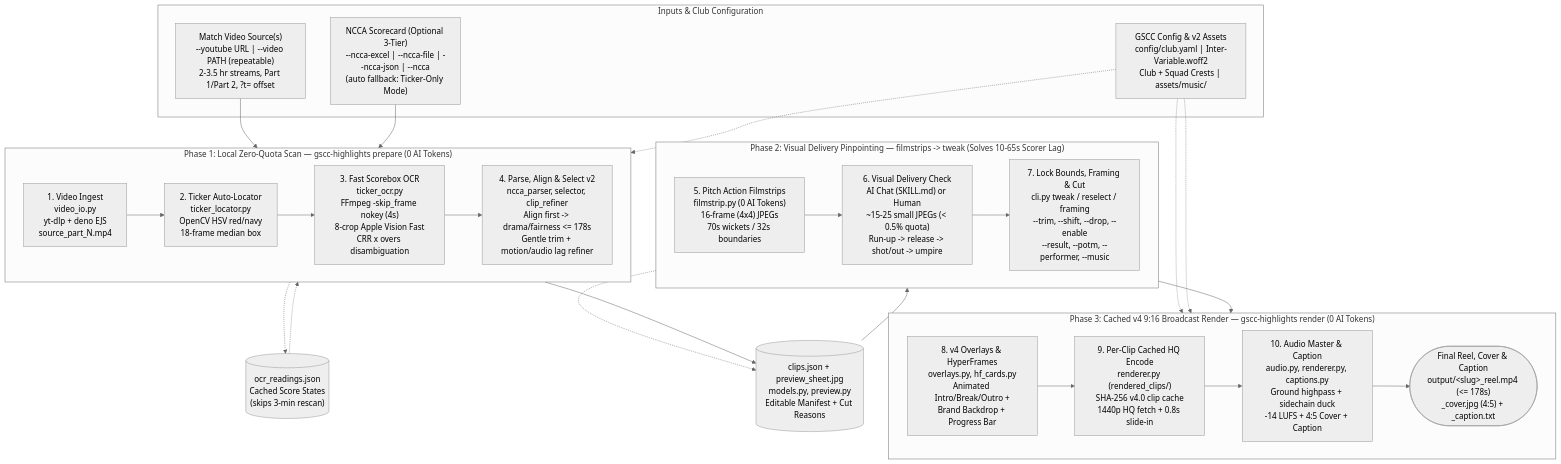
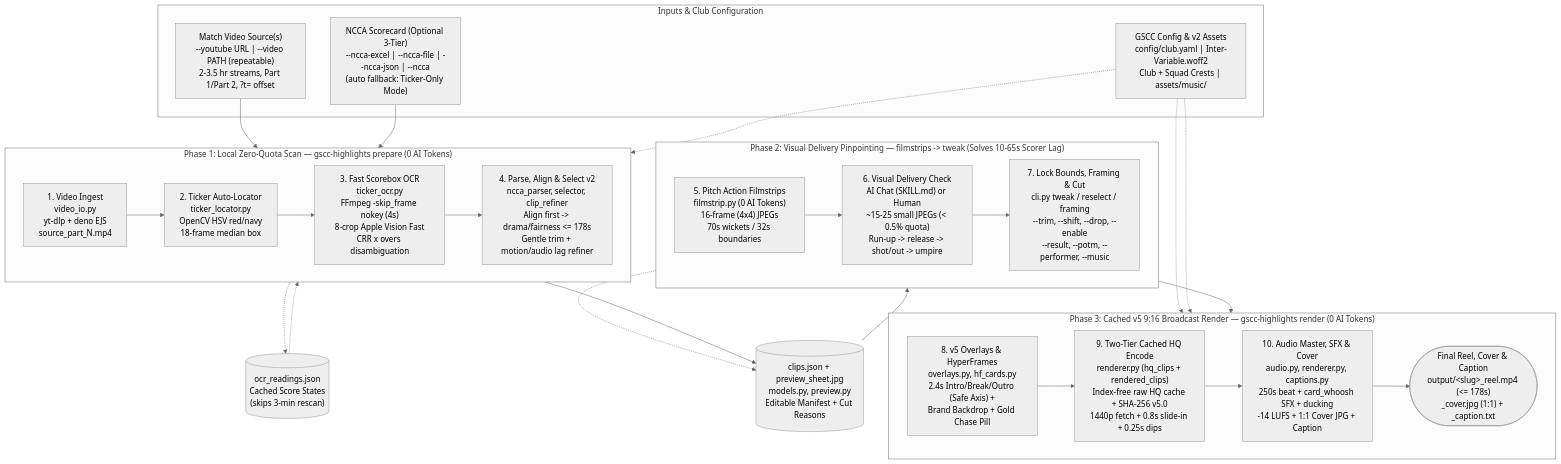
The diagram in utils/social/highlight-reel/README.md (ajthakare/goldenstatecc), drawn with Mermaid (neutral theme) before and after one commit. The commit also changed other lines of this file and 15 other files, not shown here.

First line of the commit message:
v5 UX/UI & performance polish for GSCC highlights reels

````diff
--- a/utils/social/highlight-reel/README.md
+++ b/utils/social/highlight-reel/README.md
@@ -45,49 +45,49 @@
 ```mermaid
 flowchart TB
     subgraph INPUTS["Inputs & Club Configuration"]
         YT["Match Video Source(s)<br/>--youtube URL | --video PATH (repeatable)<br/>2-3.5 hr streams, Part 1/Part 2, ?t= offset"]
         NCCA["NCCA Scorecard (Optional 3-Tier)<br/>--ncca-excel | --ncca-file | --ncca-json | --ncca<br/>(auto fallback: Ticker-Only Mode)"]
         CFG["GSCC Config & v2 Assets<br/>config/club.yaml | Inter-Variable.woff2<br/>Club + Squad Crests | assets/music/"]
     end
 
     subgraph PREPARE["Phase 1: Local Zero-Quota Scan — gscc-highlights prepare (0 AI Tokens)"]
         direction LR
         VIO["1. Video Ingest<br/>video_io.py<br/>yt-dlp + deno EJS<br/>source_part_N.mp4"]
         LOC["2. Ticker Auto-Locator<br/>ticker_locator.py<br/>OpenCV HSV red/navy<br/>18-frame median box"]
         OCR["3. Fast Scorebox OCR<br/>ticker_ocr.py<br/>FFmpeg -skip_frame nokey (4s)<br/>8-crop Apple Vision Fast<br/>CRR x overs disambiguation"]
         ALIGN["4. Parse, Align & Select v2<br/>ncca_parser, selector, clip_refiner<br/>Align first -> drama/fairness <= 178s<br/>Gentle trim + motion/audio lag refiner"]
         VIO --> LOC --> OCR --> ALIGN
     end
 
     CACHE_OCR[("ocr_readings.json<br/>Cached Score States<br/>(skips 3-min rescan)")]
     MANIFEST[("clips.json + preview_sheet.jpg<br/>models.py, preview.py<br/>Editable Manifest + Cut Reasons")]
 
     subgraph PINPOINT["Phase 2: Visual Delivery Pinpointing — filmstrips -> tweak (Solves 10-65s Scorer Lag)"]
         direction LR
         FS["5. Pitch Action Filmstrips<br/>filmstrip.py (0 AI Tokens)<br/>16-frame (4x4) JPEGs<br/>70s wickets / 32s boundaries"]
         VERIFY["6. Visual Delivery Check<br/>AI Chat (SKILL.md) or Human<br/>~15-25 small JPEGs (< 0.5% quota)<br/>Run-up -> release -> shot/out -> umpire"]
         TWEAK["7. Lock Bounds, Framing & Cut<br/>cli.py tweak / reselect / framing<br/>--trim, --shift, --drop, --enable<br/>--result, --potm, --performer, --music"]
         FS --> VERIFY --> TWEAK
     end
 
-    subgraph RENDER["Phase 3: Cached v4 9:16 Broadcast Render — gscc-highlights render (0 AI Tokens)"]
+    subgraph RENDER["Phase 3: Cached v5 9:16 Broadcast Render — gscc-highlights render (0 AI Tokens)"]
         direction LR
-        OVL["8. v4 Overlays & HyperFrames<br/>overlays.py, hf_cards.py<br/>Animated Intro/Break/Outro +<br/>Brand Backdrop + Progress Bar"]
-        ENC["9. Per-Clip Cached HQ Encode<br/>renderer.py (rendered_clips/)<br/>SHA-256 v4.0 clip cache<br/>1440p HQ fetch + 0.8s slide-in"]
-        MIX["10. Audio Master & Caption<br/>audio.py, renderer.py, captions.py<br/>Ground highpass + sidechain duck<br/>-14 LUFS + 4:5 Cover + Caption"]
-        OUT(["Final Reel, Cover & Caption<br/>output/&lt;slug&gt;_reel.mp4 (<= 178s)<br/>_cover.jpg (4:5) + _caption.txt"])
+        OVL["8. v5 Overlays & HyperFrames<br/>overlays.py, hf_cards.py<br/>2.4s Intro/Break/Outro (Safe Axis) +<br/>Brand Backdrop + Gold Chase Pill"]
+        ENC["9. Two-Tier Cached HQ Encode<br/>renderer.py (hq_clips + rendered_clips)<br/>Index-free raw HQ cache + SHA-256 v5.0<br/>1440p fetch + 0.8s slide-in + 0.25s dips"]
+        MIX["10. Audio Master, SFX & Cover<br/>audio.py, renderer.py, captions.py<br/>250s beat + card_whoosh SFX + ducking<br/>-14 LUFS + 1:1 Cover JPG + Caption"]
+        OUT(["Final Reel, Cover & Caption<br/>output/&lt;slug&gt;_reel.mp4 (<= 178s)<br/>_cover.jpg (1:1) + _caption.txt"])
         OVL --> ENC --> MIX --> OUT
     end
 
     YT --> VIO
     NCCA --> ALIGN
     CFG -.-> ALIGN
     CFG -.-> OVL
     CFG -.-> MIX
     OCR -.-> CACHE_OCR
     CACHE_OCR -.-> OCR
     ALIGN --> MANIFEST
     MANIFEST --> FS
     TWEAK -.-> MANIFEST
     TWEAK --> OVL
 ```
````
